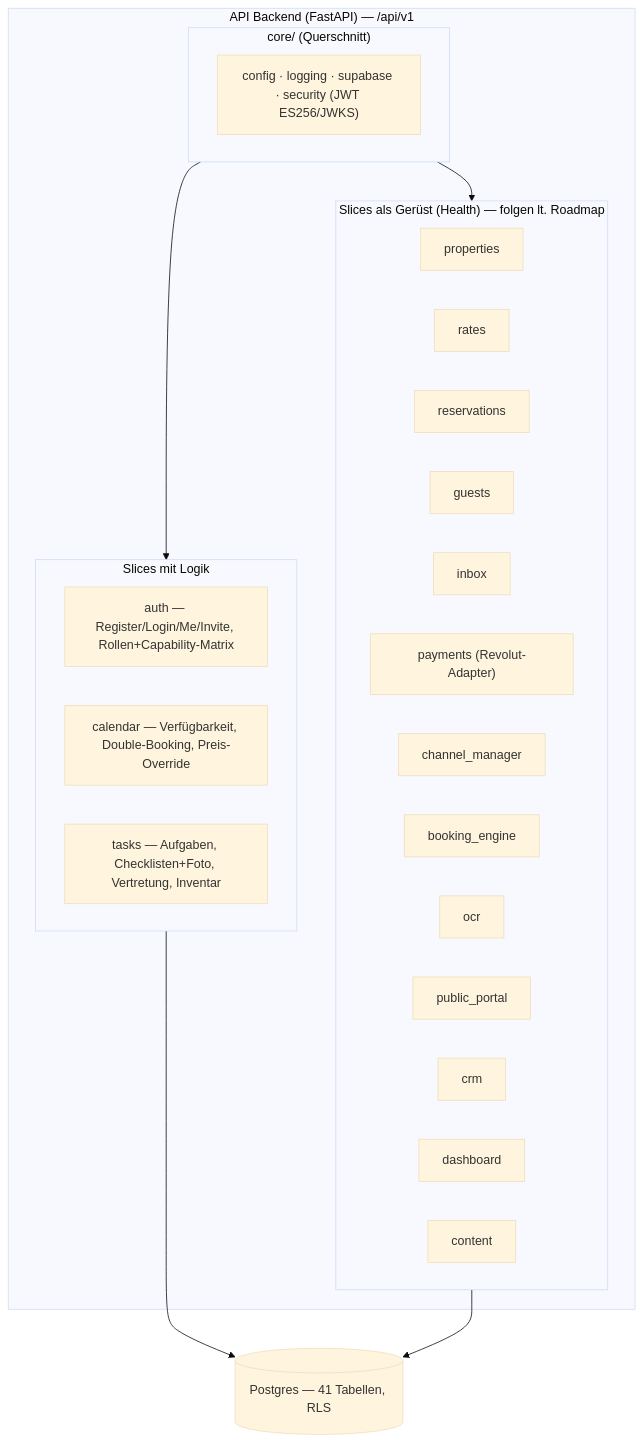
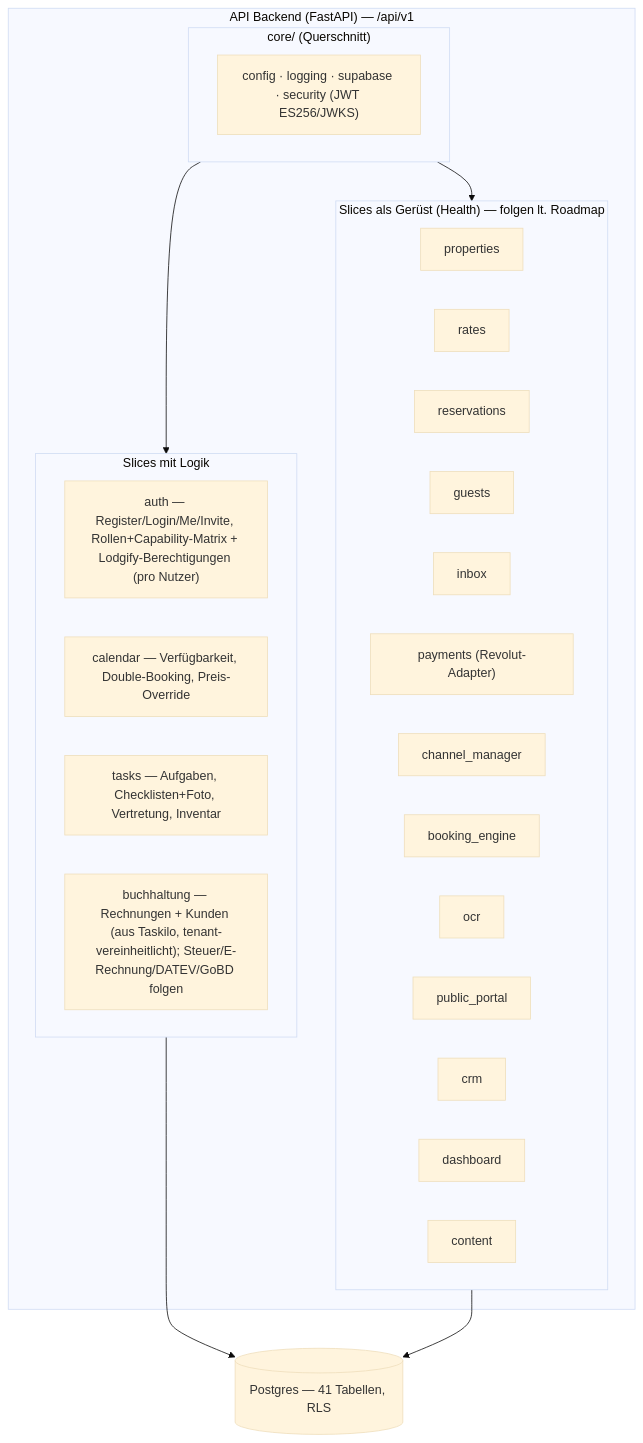
One commit to Andy1234567890-cmyk/NextDays changed the third of 14 diagrams in docs/ARCHITECTURE.md. Above: the diagram before and after it, drawn with Mermaid (base theme). The commit also changed other lines of this file and 277 other files, not shown here.

````diff
--- a/docs/ARCHITECTURE.md
+++ b/docs/ARCHITECTURE.md
@@ -119,24 +119,25 @@
 ```mermaid
 flowchart TB
     subgraph API["API Backend (FastAPI) — /api/v1"]
         subgraph CORE["core/ (Querschnitt)"]
             CFG["config · logging · supabase · security (JWT ES256/JWKS)"]
         end
         subgraph DONE["Slices mit Logik"]
-            AUTH["auth — Register/Login/Me/Invite, Rollen+Capability-Matrix"]
+            AUTH["auth — Register/Login/Me/Invite, Rollen+Capability-Matrix + Lodgify-Berechtigungen (pro Nutzer)"]
             CAL["calendar — Verfügbarkeit, Double-Booking, Preis-Override"]
             TASKS["tasks — Aufgaben, Checklisten+Foto, Vertretung, Inventar"]
+            BUCH["buchhaltung — Rechnungen + Kunden (aus Taskilo, tenant-vereinheitlicht); Steuer/E-Rechnung/DATEV/GoBD folgen"]
         end
         subgraph SCAFFOLD["Slices als Gerüst (Health) — folgen lt. Roadmap"]
             PROP["properties"]; RATES["rates"]; RES["reservations"]
             GUE["guests"]; INBOX["inbox"]; PAY["payments (Revolut-Adapter)"]
             CM["channel_manager"]; BOOK["booking_engine"]; OCR["ocr"]
             PORTAL["public_portal"]; CRM["crm"]; DASH["dashboard"]; CONT["content"]
         end
     end
     DB[("Postgres — 41 Tabellen, RLS")]
     DONE --> DB
     SCAFFOLD --> DB
     CORE --> DONE
     CORE --> SCAFFOLD
 ```
````
